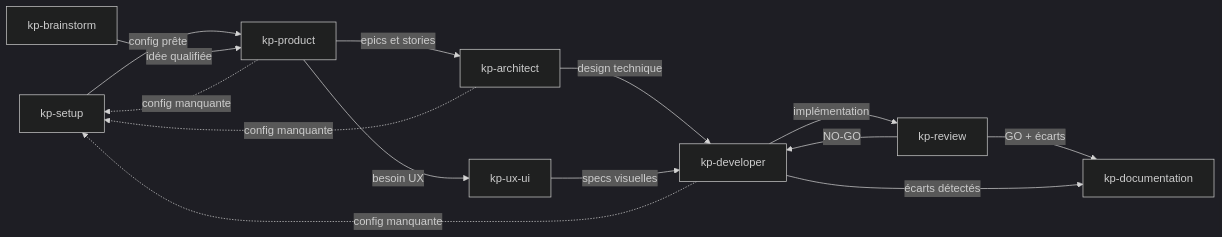
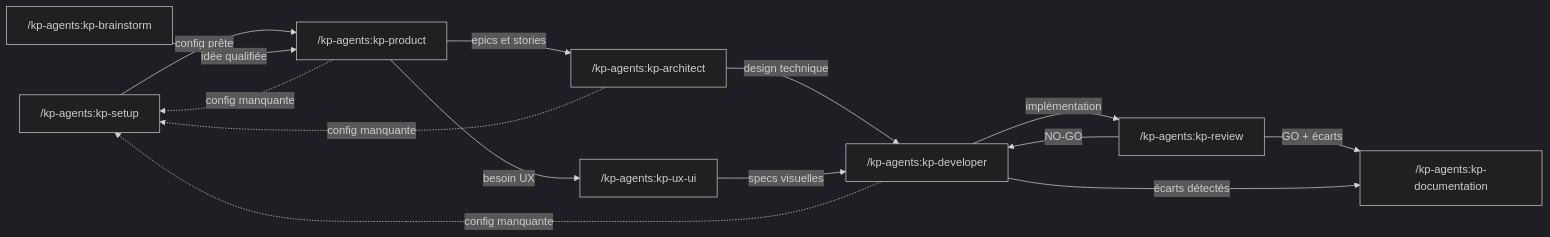
The diagram in CLAUDE.md (KeyProd/kp-agents), drawn with Mermaid (dark theme) before and after one commit. The commit also changed other lines of this file and 82 other files, not shown here.

````diff
--- a/CLAUDE.md
+++ b/CLAUDE.md
@@ -111,16 +118,16 @@
 ```mermaid
 flowchart LR
-    S["kp-setup"] -->|config prête| P["kp-product"]
-    B["kp-brainstorm"] -->|idée qualifiée| P
-    P -->|epics et stories| A["kp-architect"]
-    P -->|besoin UX| UX["kp-ux-ui"]
-    A -->|design technique| D["kp-developer"]
+    S["/kp-agents:kp-setup"] -->|config prête| P["/kp-agents:kp-product"]
+    B["/kp-agents:kp-brainstorm"] -->|idée qualifiée| P
+    P -->|epics et stories| A["/kp-agents:kp-architect"]
+    P -->|besoin UX| UX["/kp-agents:kp-ux-ui"]
+    A -->|design technique| D["/kp-agents:kp-developer"]
     UX -->|specs visuelles| D
-    D -->|implémentation| R["kp-review"]
+    D -->|implémentation| R["/kp-agents:kp-review"]
     R -->|NO-GO| D
-    R -->|GO + écarts| DOC["kp-documentation"]
+    R -->|GO + écarts| DOC["/kp-agents:kp-documentation"]
     D -->|écarts détectés| DOC
     P -. config manquante .-> S
     A -. config manquante .-> S
     D -. config manquante .-> S
 ```
````
